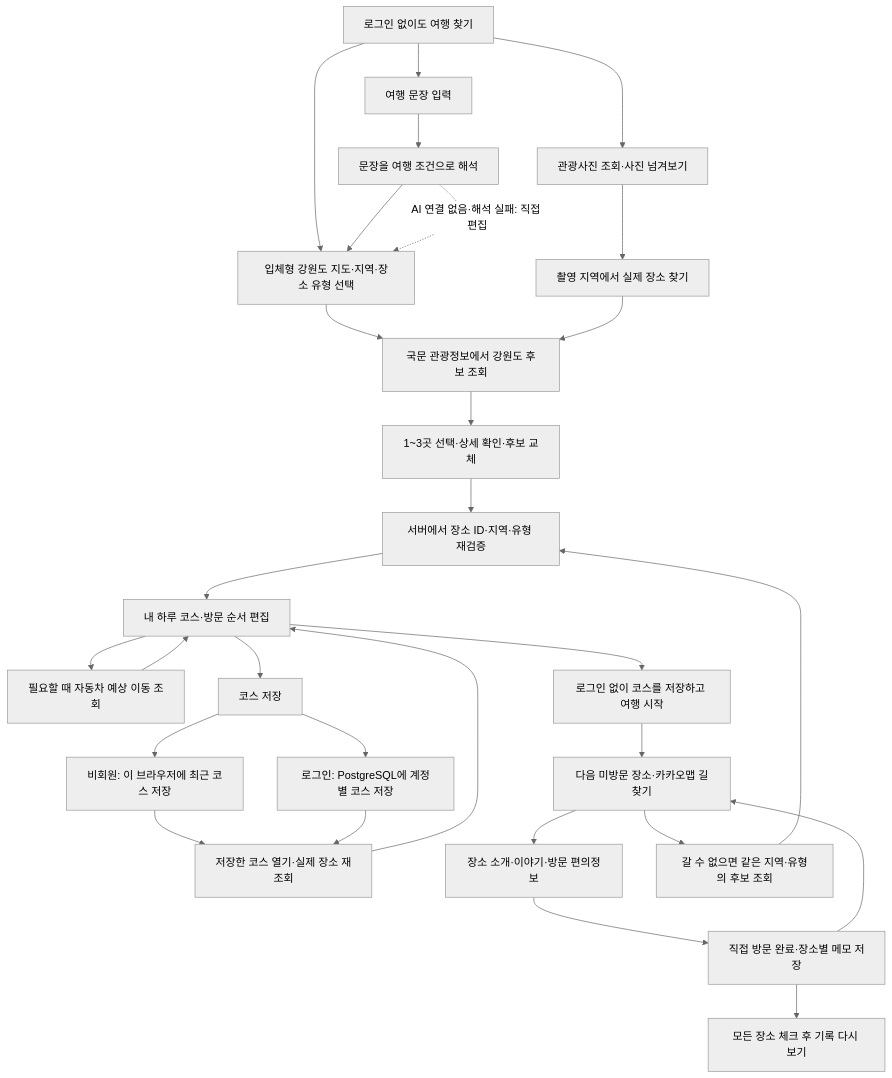
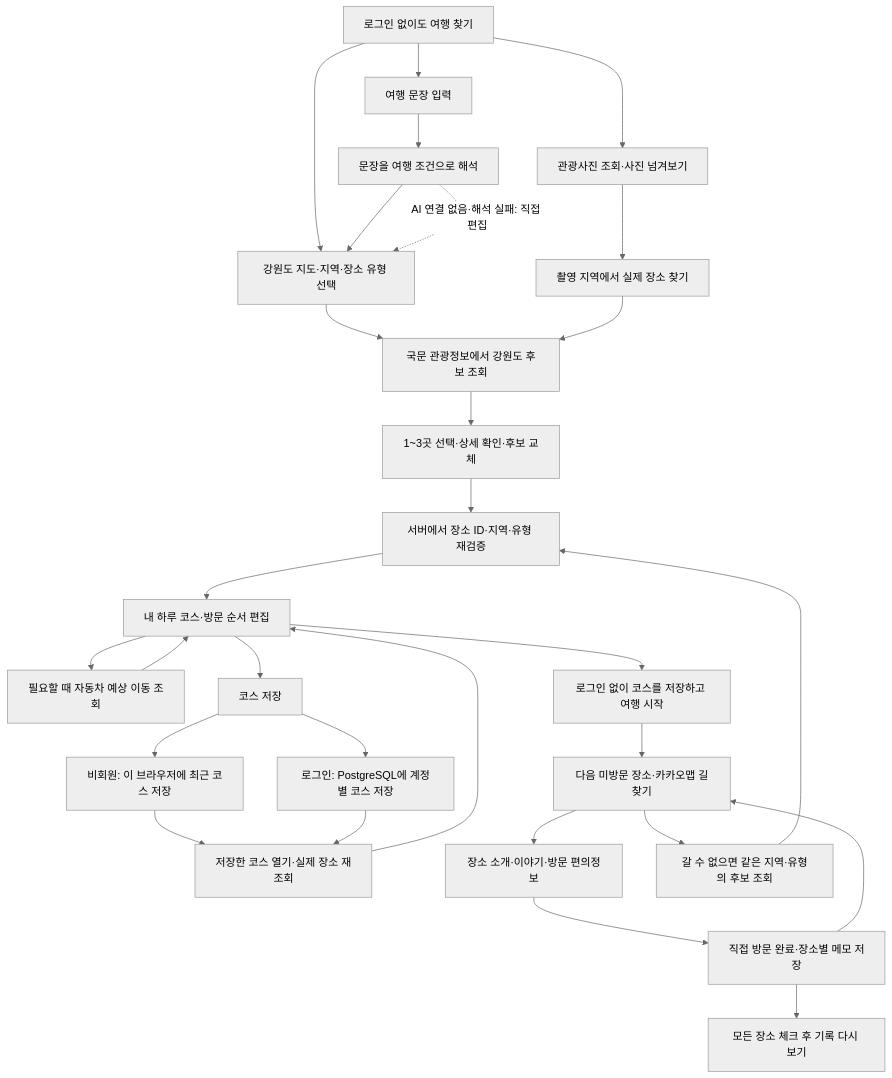
The first of 3 diagrams in README.md (sub-blind/Giljabi), drawn with Mermaid (neutral theme) before and after one commit. The commit also changed other lines of this file and 9 other files, not shown here.

````diff
--- a/README.md
+++ b/README.md
@@ -55,31 +55,31 @@
 ```mermaid
 flowchart TD
-    Start["로그인 없이도 여행 찾기"] --> Conditions["입체형 강원도 지도·지역·장소 유형 선택"]
+    Start["로그인 없이도 여행 찾기"] --> Conditions["강원도 지도·지역·장소 유형 선택"]
     Start --> Sentence["여행 문장 입력"]
     Start --> Photos["관광사진 조회·사진 넘겨보기"]
     Sentence --> Interpret["문장을 여행 조건으로 해석"]
     Interpret --> Conditions
     Interpret -. "AI 연결 없음·해석 실패: 직접 편집" .-> Conditions
     Photos --> Region["촬영 지역에서 실제 장소 찾기"]
     Conditions --> Search["국문 관광정보에서 강원도 후보 조회"]
     Region --> Search
     Search --> Select["1~3곳 선택·상세 확인·후보 교체"]
     Select --> Verify["서버에서 장소 ID·지역·유형 재검증"]
     Verify --> Course["내 하루 코스·방문 순서 편집"]
     Course --> Route["필요할 때 자동차 예상 이동 조회"]
     Route --> Course
     Course --> Save["코스 저장"]
     Save --> Guest["비회원: 이 브라우저에 최근 코스 저장"]
     Save --> Account["로그인: PostgreSQL에 계정별 코스 저장"]
     Guest --> Restore["저장한 코스 열기·실제 장소 재조회"]
     Account --> Restore
     Restore --> Course
     Course --> Journey["로그인 없이 코스를 저장하고 여행 시작"]
     Journey --> Next["다음 미방문 장소·카카오맵 길찾기"]
     Next --> Onsite["장소 소개·이야기·방문 편의정보"]
     Onsite --> Record["직접 방문 완료·장소별 메모 저장"]
     Next --> Replace["갈 수 없으면 같은 지역·유형의 후보 조회"]
     Replace --> Verify
     Record --> Next
     Record --> Finish["모든 장소 체크 후 기록 다시 보기"]
 ```
````
